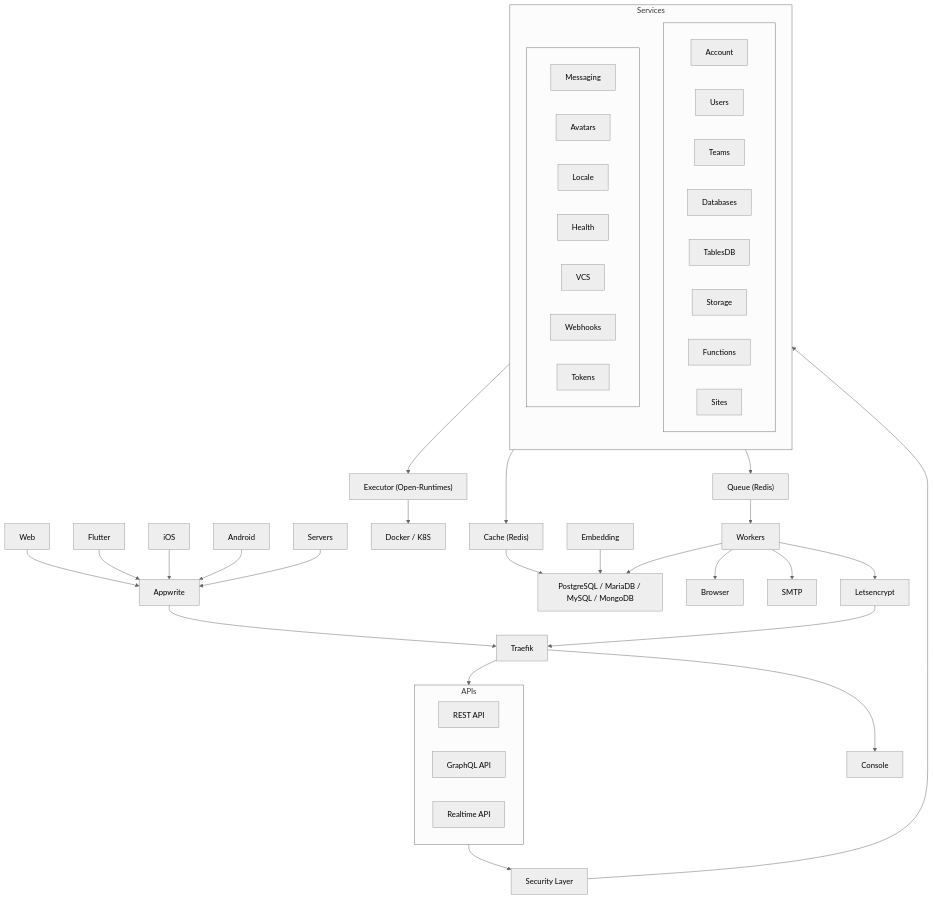
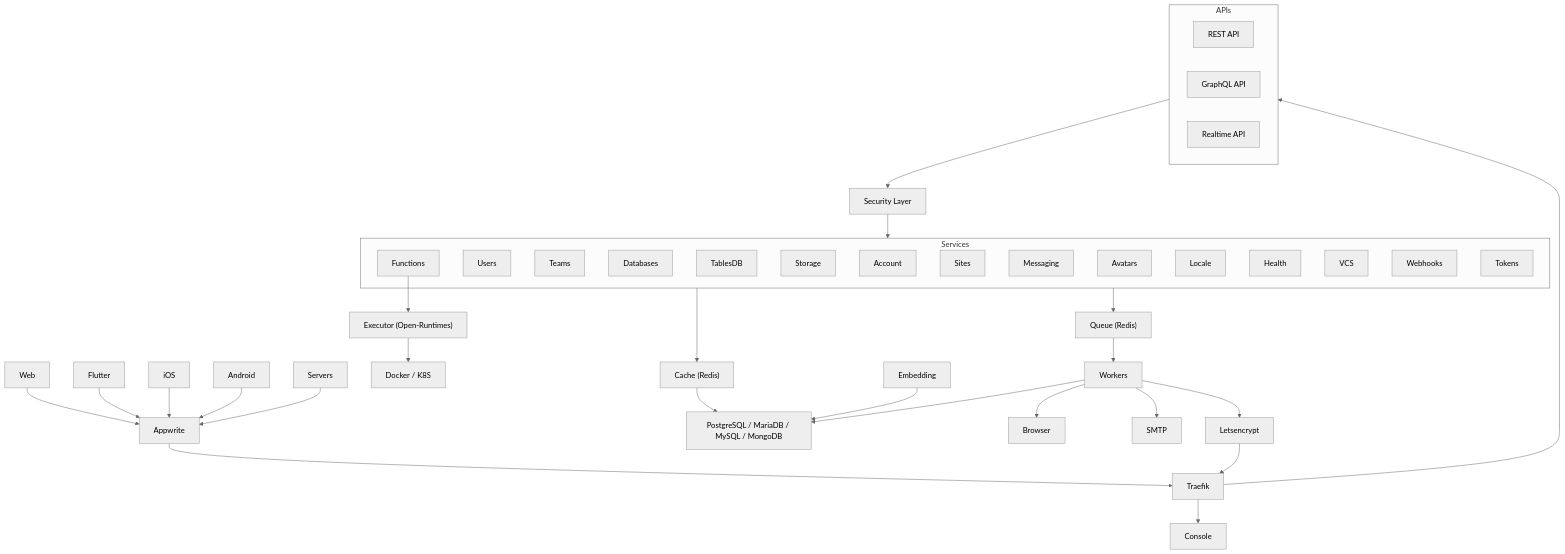
The diagram in README-CN.md (appwrite/appwrite), drawn with Mermaid (neutral theme) before and after one commit. The commit also changed 1 other file, not shown here.

Commit message:
docs: flatten services box and stack queue above workers

````diff
--- a/README-CN.md
+++ b/README-CN.md
@@ -215,62 +215,54 @@
 ```mermaid
 flowchart TB
   Web --> Appwrite
   Flutter --> Appwrite
   iOS --> Appwrite
   Android --> Appwrite
   Servers --> Appwrite
 
   Appwrite --> traefik[Traefik]
   traefik --> Console
 
   subgraph apis [APIs]
     direction LR
     restApi[REST API]
     graphqlApi[GraphQL API]
     realtimeApi[Realtime API]
   end
 
   traefik --> apis
   apis --> securityLayer[Security Layer]
   securityLayer --> services
 
   subgraph services [Services]
-    direction TB
-    subgraph servicesRow1[" "]
-      direction LR
-      Account
-      Users
-      Teams
-      Databases
-      TablesDB
-      Storage
-      Functions
-      Sites
-    end
-    subgraph servicesRow2[" "]
-      direction LR
-      Messaging
-      Avatars
-      Locale
-      Health
-      VCS
-      Webhooks
-      Tokens
-    end
+    Account
+    Users
+    Teams
+    Databases
+    TablesDB
+    Storage
+    Functions
+    Sites
+    Messaging
+    Avatars
+    Locale
+    Health
+    VCS
+    Webhooks
+    Tokens
   end
 
   Functions --> executor["Executor (Open-Runtimes)"]
   executor --> dockerK8s["Docker / K8S"]
 
   services --> cache["Cache (Redis)"]
   services --> queue["Queue (Redis)"]
+  queue --> workers[Workers]
   cache --> database["PostgreSQL / MariaDB / MySQL / MongoDB"]
   embedding[Embedding] --> database
-
-  queue --> workers[Workers]
   workers --> database
   workers --> browser[Browser]
   workers --> SMTP
   workers --> Letsencrypt
   Letsencrypt --> traefik
 ```
````
